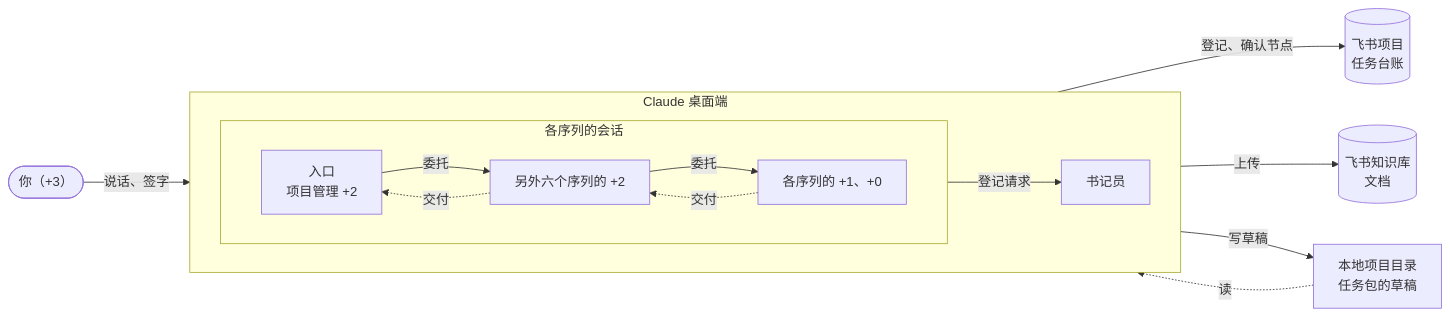
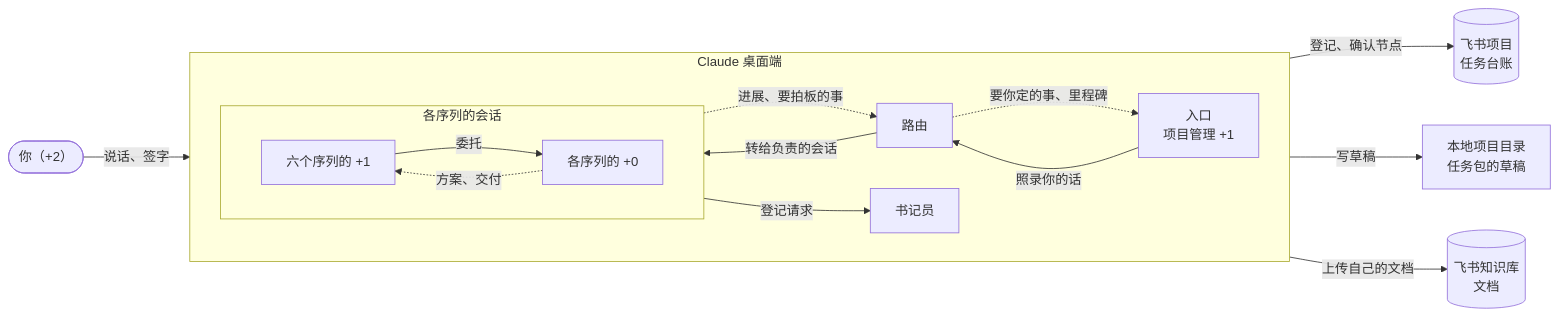
Before and after one commit to Touricks/Solo-Lab: the diagram in README.md, drawn with Mermaid. The commit also changed other lines of this file and 7 other files, not shown here.

````diff
--- a/README.md
+++ b/README.md
@@ -54,30 +54,32 @@
 ```mermaid
 flowchart LR
-    you(["你（+3）"])
+    you(["你（+2）"])
 
     subgraph desktop["Claude 桌面端"]
         direction LR
+        entry["入口<br/>项目管理 +1"]
+        router["路由"]
         subgraph roles["各序列的会话"]
             direction LR
-            entry["入口<br/>项目管理 +2"]
-            heads["另外六个序列的 +2"]
-            staff["各序列的 +1、+0"]
-            entry -->|"委托"| heads
+            heads["六个序列的 +1"]
+            staff["各序列的 +0"]
             heads -->|"委托"| staff
-            staff -.->|"交付"| heads
-            heads -.->|"交付"| entry
+            staff -.->|"方案、交付"| heads
         end
         scribe["书记员"]
+        entry -->|"照录你的话"| router
+        router -->|"转给负责的会话"| heads
+        heads -.->|"进展、要拍板的事"| router
+        router -.->|"要你定的事、里程碑"| entry
         roles -->|"登记请求"| scribe
     end
 
     drafts["本地项目目录<br/>任务包的草稿"]
     ledger[("飞书项目<br/>任务台账")]
     wiki[("飞书知识库<br/>文档")]
 
     you -->|"说话、签字"| entry
     roles -->|"写草稿"| drafts
-    drafts -.->|"读"| scribe
+    roles -->|"上传自己的文档"| wiki
     scribe -->|"登记、确认节点"| ledger
-    scribe -->|"上传"| wiki
 ```
````
